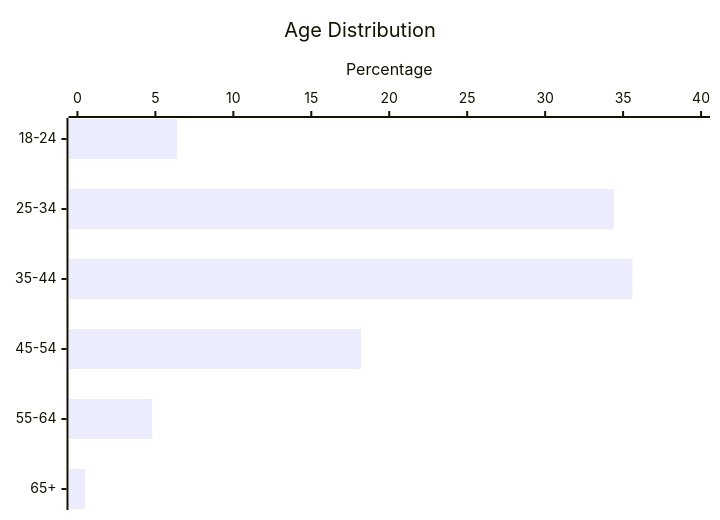
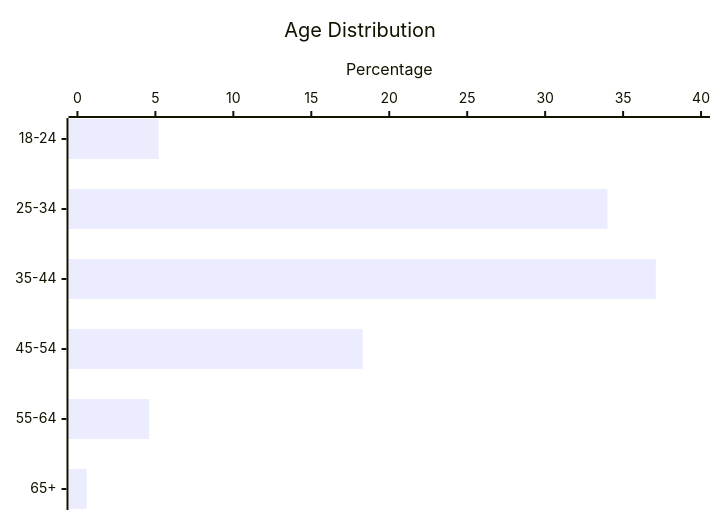
Before and after one commit to vfarcic/devopstoolkit-live: the first of 3 diagrams in content/sponsor/_index.md, drawn with Mermaid. The commit also changed other lines of this file and 3 other files, not shown here.

````diff
--- a/content/sponsor/_index.md
+++ b/content/sponsor/_index.md
@@ -49,7 +54,7 @@
 ```mermaid
 xychart-beta horizontal
     title "Age Distribution"
     x-axis [18-24, 25-34, 35-44, 45-54, 55-64, 65+]
     y-axis "Percentage" 0 --> 40
-    bar [6.4, 34.4, 35.6, 18.2, 4.8, 0.5]
+    bar [5.2, 34.0, 37.1, 18.3, 4.6, 0.6]
 ```
````
